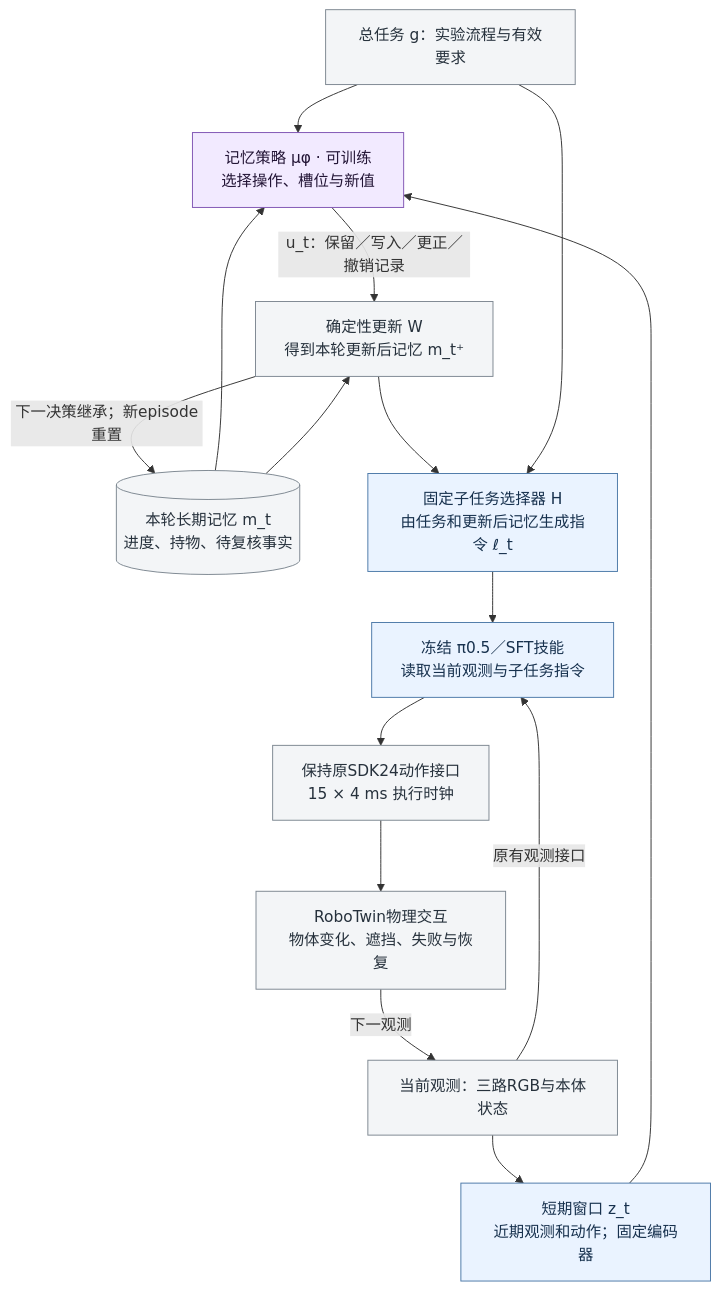
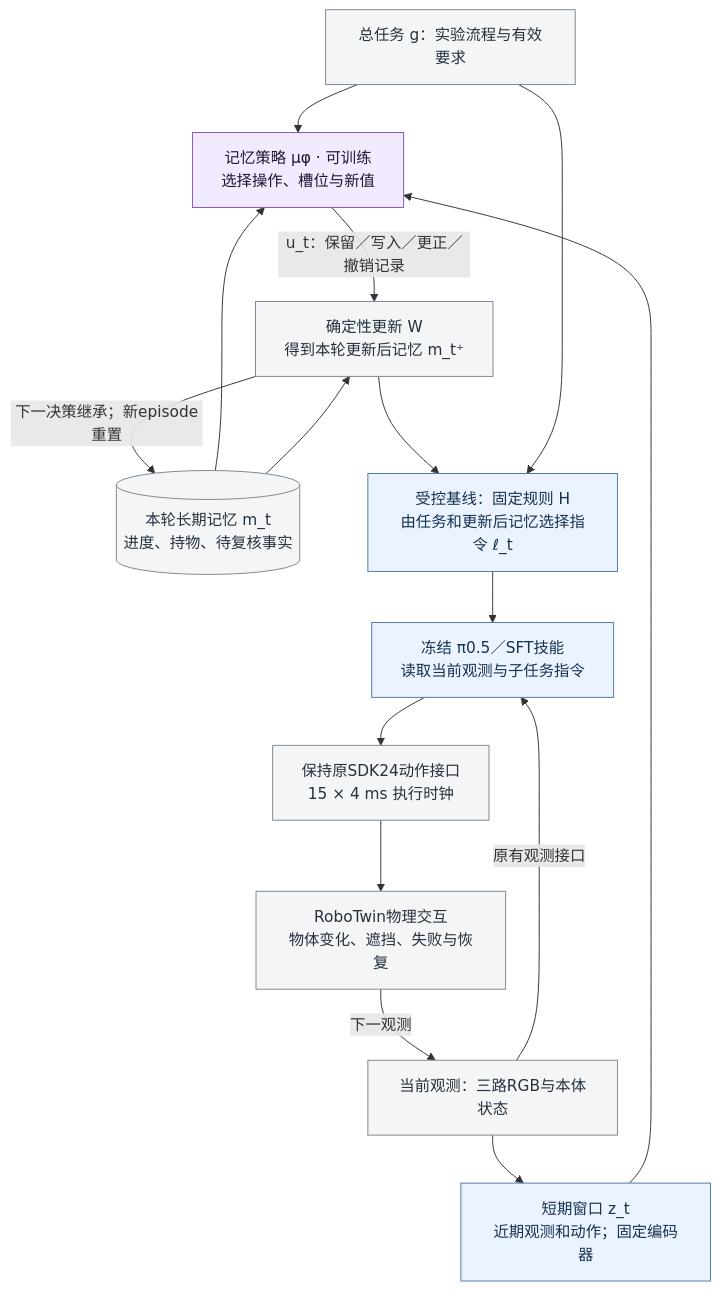
The first of 3 diagrams in 10-研究主题/记忆RL方案框架-冻结π0.5与显式进度记忆.md (Minghe111/VLA-study-Obsidian), drawn with Mermaid before and after one commit. The commit also changed other lines of this file and 47 other files, not shown here.

````diff
--- a/10-研究主题/记忆RL方案框架-冻结π0.5与显式进度记忆.md
+++ b/10-研究主题/记忆RL方案框架-冻结π0.5与显式进度记忆.md
@@ -20,35 +36,35 @@
 ```mermaid
 flowchart TB
     G["总任务 g：实验流程与有效要求"]
     O["当前观测：三路RGB与本体状态"]
     S["短期窗口 z_t<br/>近期观测和动作；固定编码器"]
     M[("本轮长期记忆 m_t<br/>进度、持物、待复核事实")]
     P["记忆策略 μφ · 可训练<br/>选择操作、槽位与新值"]
     W["确定性更新 W<br/>得到本轮更新后记忆 m_t⁺"]
-    H["固定子任务选择器 H<br/>由任务和更新后记忆生成指令 ℓ_t"]
+    H["受控基线：固定规则 H<br/>由任务和更新后记忆选择指令 ℓ_t"]
     V["冻结 π0.5／SFT技能<br/>读取当前观测与子任务指令"]
     A["保持原SDK24动作接口<br/>15 × 4 ms 执行时钟"]
     E["RoboTwin物理交互<br/>物体变化、遮挡、失败与恢复"]
 
     O --> S
     S --> P
     G --> P
     M --> P
     P -->|"u_t：保留／写入／更正／撤销记录"| W
     M --> W
     W --> H
     G --> H
     H --> V
     O -->|"原有观测接口"| V
     V --> A
     A --> E
     E -->|"下一观测"| O
     W -->|"下一决策继承；新episode重置"| M
 
     classDef train fill:#f2eaff,stroke:#8055b4,color:#231536;
     classDef frozen fill:#eaf3ff,stroke:#4c79a8,color:#17314e;
     classDef state fill:#f3f5f7,stroke:#7d8791,color:#26313c;
     class P train;
     class S,H,V frozen;
     class G,O,M,W,A,E state;
 ```
````
